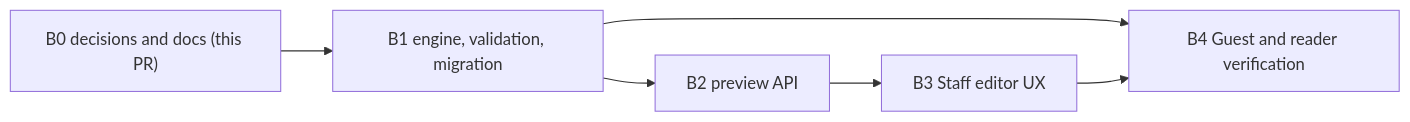
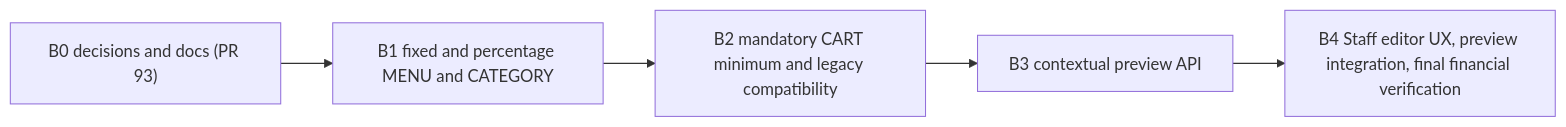
The diagram in docs/02-technical/PROMOTIONS_DEC077_IMPLEMENTATION_PLAN.md (Elmo-Tech/restaurant-qr-platform), drawn with Mermaid before and after one commit. The commit also changed other lines of this file and 7 other files, not shown here.

````diff
--- a/docs/02-technical/PROMOTIONS_DEC077_IMPLEMENTATION_PLAN.md
+++ b/docs/02-technical/PROMOTIONS_DEC077_IMPLEMENTATION_PLAN.md
@@ -48,8 +53,7 @@
 ```mermaid
 flowchart LR
-  B0["B0 decisions and docs (this PR)"] --> B1["B1 engine, validation, migration"]
-  B1 --> B2["B2 preview API"]
-  B2 --> B3["B3 Staff editor UX"]
-  B1 --> B4["B4 Guest and reader verification"]
-  B3 --> B4
+  B0["B0 decisions and docs (PR 93)"] --> B1["B1 fixed and percentage MENU and CATEGORY"]
+  B1 --> B2["B2 mandatory CART minimum and legacy compatibility"]
+  B2 --> B3["B3 contextual preview API"]
+  B3 --> B4["B4 Staff editor UX, preview integration, final financial verification"]
 ```
````
